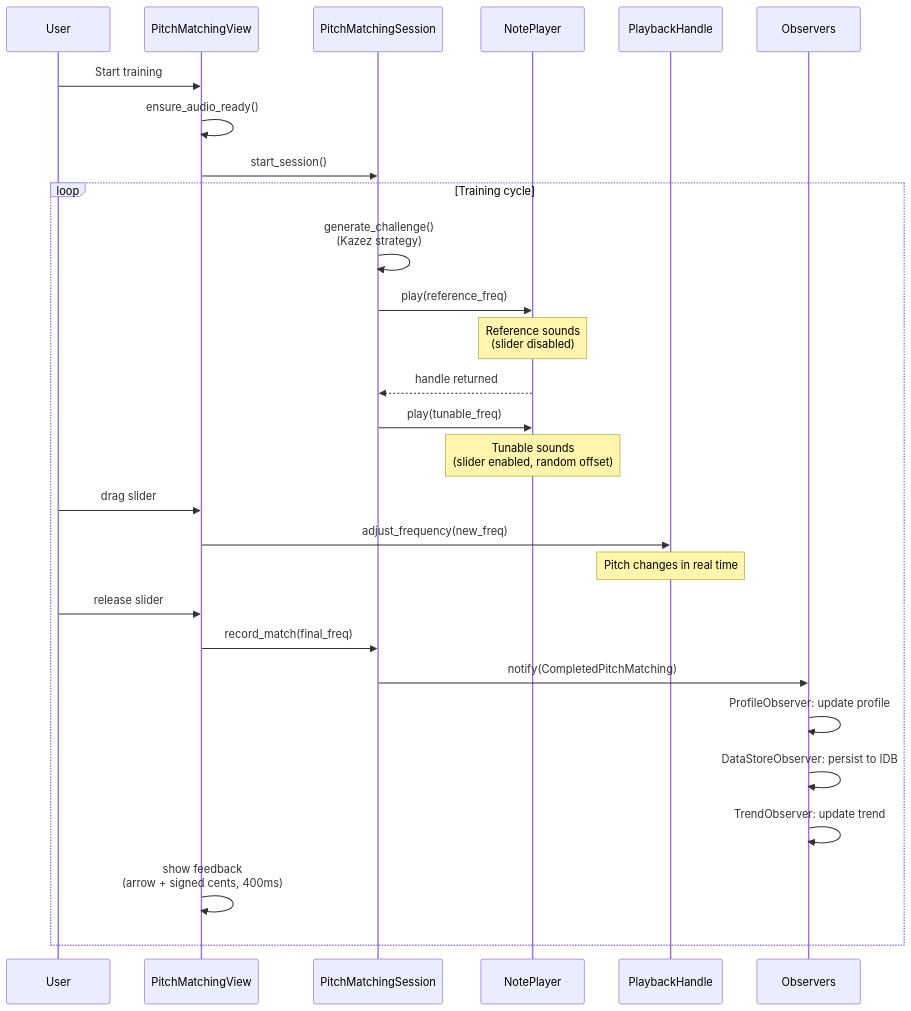
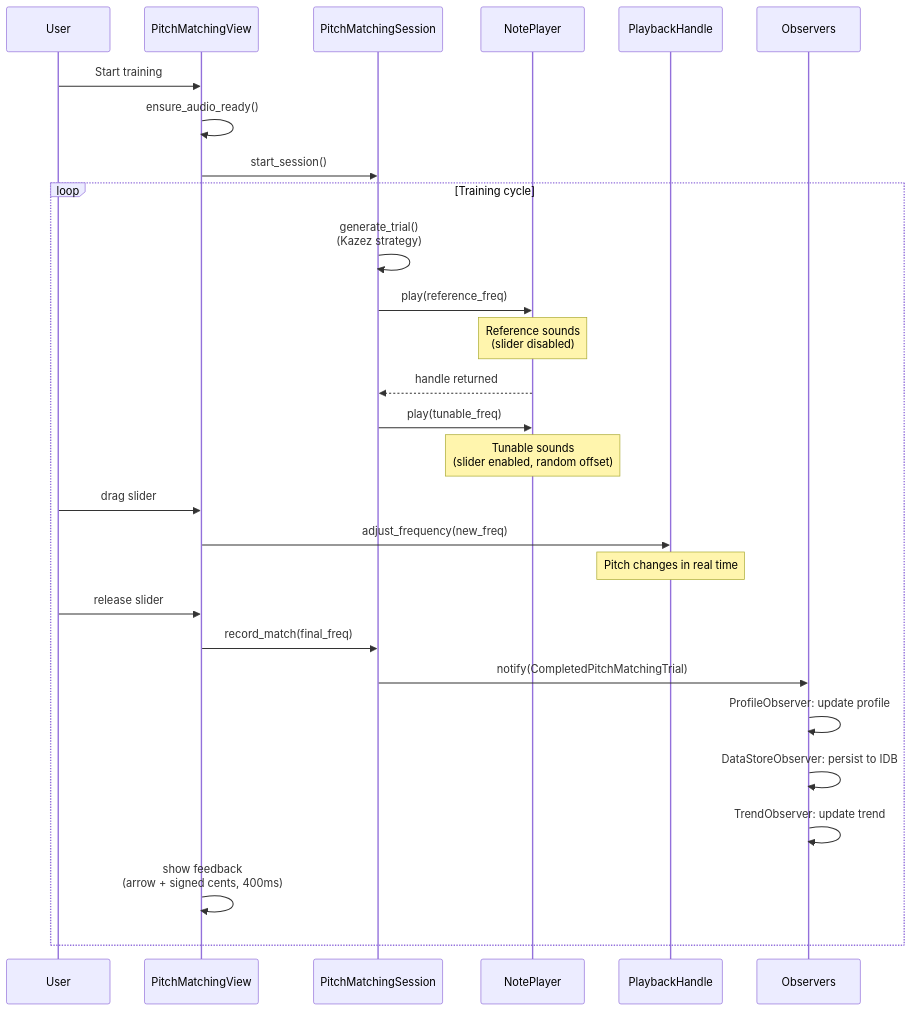
One commit to mschuerig/peach-web changed the seventh of 10 diagrams in docs/arc42-architecture.md. Above: the diagram before and after it, drawn with Mermaid. The commit also changed other lines of this file and 6 other files, not shown here.

````diff
--- a/docs/arc42-architecture.md
+++ b/docs/arc42-architecture.md
@@ -280,32 +280,32 @@
 ```mermaid
 sequenceDiagram
     participant U as User
     participant MV as PitchMatchingView
     participant S as PitchMatchingSession
     participant NP as NotePlayer
     participant H as PlaybackHandle
     participant O as Observers
 
     U->>MV: Start training
     MV->>MV: ensure_audio_ready()
     MV->>S: start_session()
 
     loop Training cycle
-        S->>S: generate_challenge()<br/>(Kazez strategy)
+        S->>S: generate_trial()<br/>(Kazez strategy)
         S->>NP: play(reference_freq)
         Note over NP: Reference sounds<br/>(slider disabled)
         NP-->>S: handle returned
         S->>NP: play(tunable_freq)
         Note over NP: Tunable sounds<br/>(slider enabled, random offset)
         U->>MV: drag slider
         MV->>H: adjust_frequency(new_freq)
         Note over H: Pitch changes in real time
         U->>MV: release slider
         MV->>S: record_match(final_freq)
-        S->>O: notify(CompletedPitchMatching)
+        S->>O: notify(CompletedPitchMatchingTrial)
         O->>O: ProfileObserver: update profile
         O->>O: DataStoreObserver: persist to IDB
         O->>O: TrendObserver: update trend
         MV->>MV: show feedback<br/>(arrow + signed cents, 400ms)
     end
 ```
````
